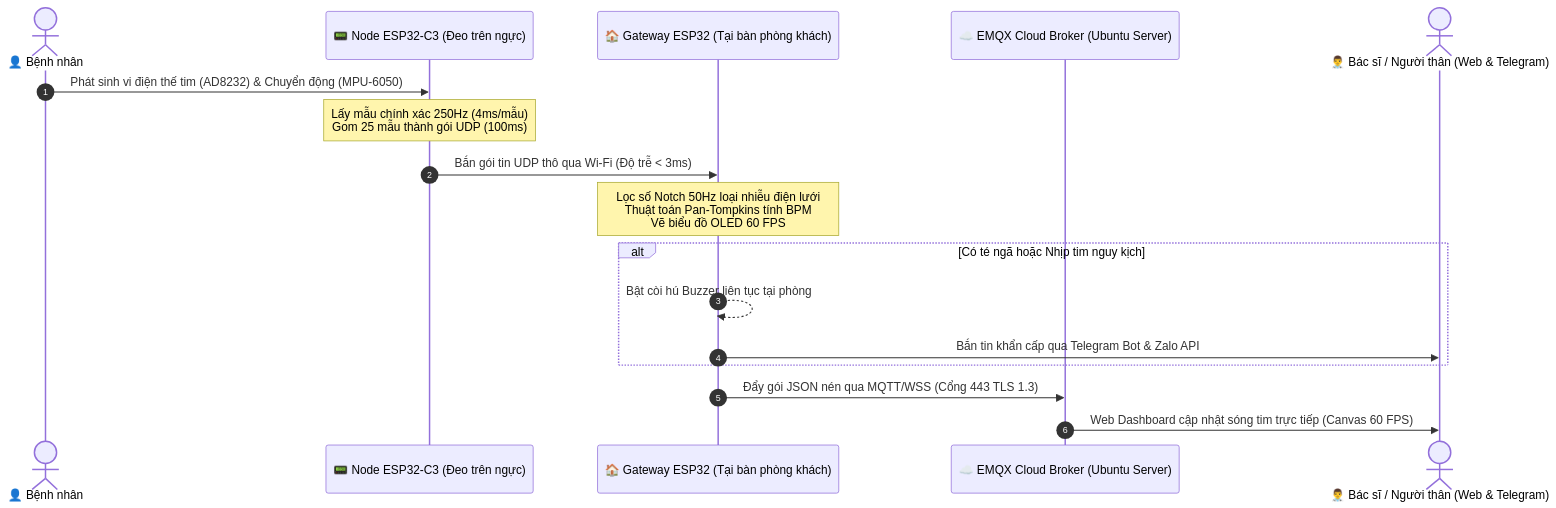
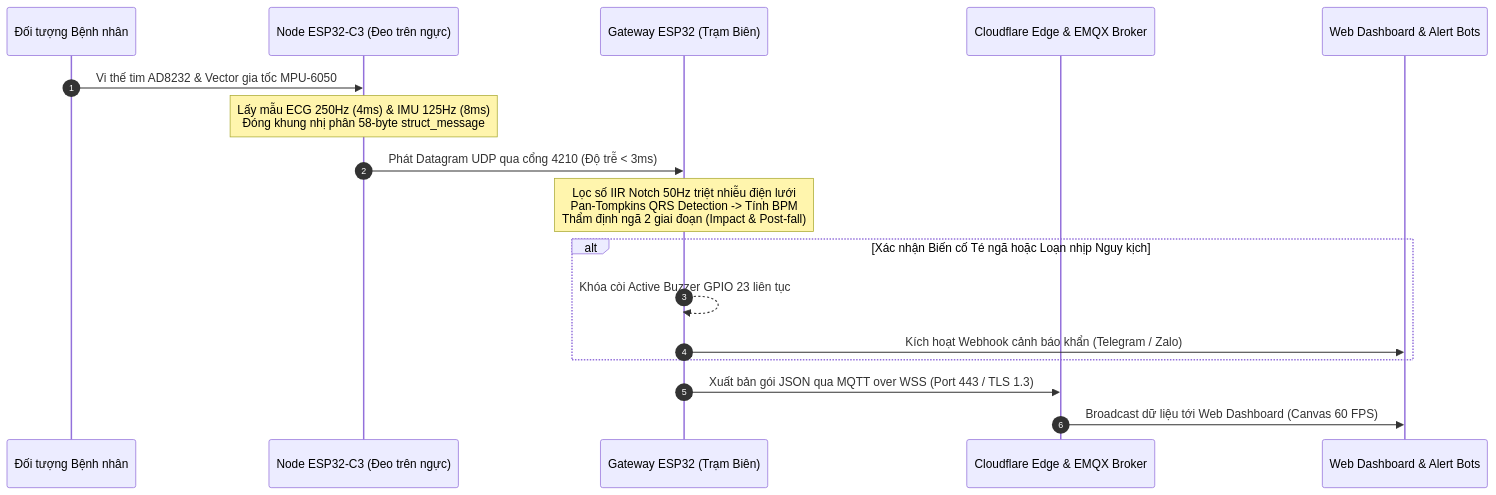
One commit to tsbyinchei/IoMT-ECG-FallDetection changed the second of 4 diagrams in SYSTEM_ARCHITECTURE.md. Above: the diagram before and after it, drawn with Mermaid. The commit also changed other lines of this file and 2 other files, not shown here.

Commit message:
docs: overhaul SYSTEM_ARCHITECTURE.md with relative links, Let's Encrypt TLS details, and clean diagrams

````diff
--- a/SYSTEM_ARCHITECTURE.md
+++ b/SYSTEM_ARCHITECTURE.md
@@ -160,20 +153,20 @@
 ```mermaid
 sequenceDiagram
     autonumber
-    actor Patient as 👤 Bệnh nhân
-    participant C3 as 📟 Node ESP32-C3 (Đeo trên ngực)
-    participant GW as 🏠 Gateway ESP32 (Tại bàn phòng khách)
-    participant Cloud as ☁️ EMQX Cloud Broker (Ubuntu Server)
-    actor Doctor as 👨‍⚕️ Bác sĩ / Người thân (Web & Telegram)
+    participant Patient as Đối tượng Bệnh nhân
+    participant C3 as Node ESP32-C3 (Đeo trên ngực)
+    participant GW as Gateway ESP32 (Trạm Biên)
+    participant Cloud as Cloudflare Edge & EMQX Broker
+    participant Client as Web Dashboard & Alert Bots
 
-    Patient->>C3: Phát sinh vi điện thế tim (AD8232) & Chuyển động (MPU-6050)
-    Note over C3: Lấy mẫu chính xác 250Hz (4ms/mẫu)<br/>Gom 25 mẫu thành gói UDP (100ms)
-    C3->>GW: Bắn gói tin UDP thô qua Wi-Fi (Độ trễ < 3ms)
-    Note over GW: Lọc số Notch 50Hz loại nhiễu điện lưới<br/>Thuật toán Pan-Tompkins tính BPM<br/>Vẽ biểu đồ OLED 60 FPS
-    alt Có té ngã hoặc Nhịp tim nguy kịch
-        GW-->>GW: Bật còi hú Buzzer liên tục tại phòng
-        GW->>Doctor: Bắn tin khẩn cấp qua Telegram Bot & Zalo API
+    Patient->>C3: Vi thế tim AD8232 & Vector gia tốc MPU-6050
+    Note over C3: Lấy mẫu ECG 250Hz (4ms) & IMU 125Hz (8ms)<br/>Đóng khung nhị phân 58-byte struct_message
+    C3->>GW: Phát Datagram UDP qua cổng 4210 (Độ trễ < 3ms)
+    Note over GW: Lọc số IIR Notch 50Hz triệt nhiễu điện lưới<br/>Pan-Tompkins QRS Detection -> Tính BPM<br/>Thẩm định ngã 2 giai đoạn (Impact & Post-fall)
+    alt Xác nhận Biến cố Té ngã hoặc Loạn nhịp Nguy kịch
+        GW-->>GW: Khóa còi Active Buzzer GPIO 23 liên tục
+        GW->>Client: Kích hoạt Webhook cảnh báo khẩn (Telegram / Zalo)
     end
-    GW->>Cloud: Đẩy gói JSON nén qua MQTT/WSS (Cổng 443 TLS 1.3)
-    Cloud->>Doctor: Web Dashboard cập nhật sóng tim trực tiếp (Canvas 60 FPS)
+    GW->>Cloud: Xuất bản gói JSON qua MQTT over WSS (Port 443 / TLS 1.3)
+    Cloud->>Client: Broadcast dữ liệu tới Web Dashboard (Canvas 60 FPS)
 ```
````
